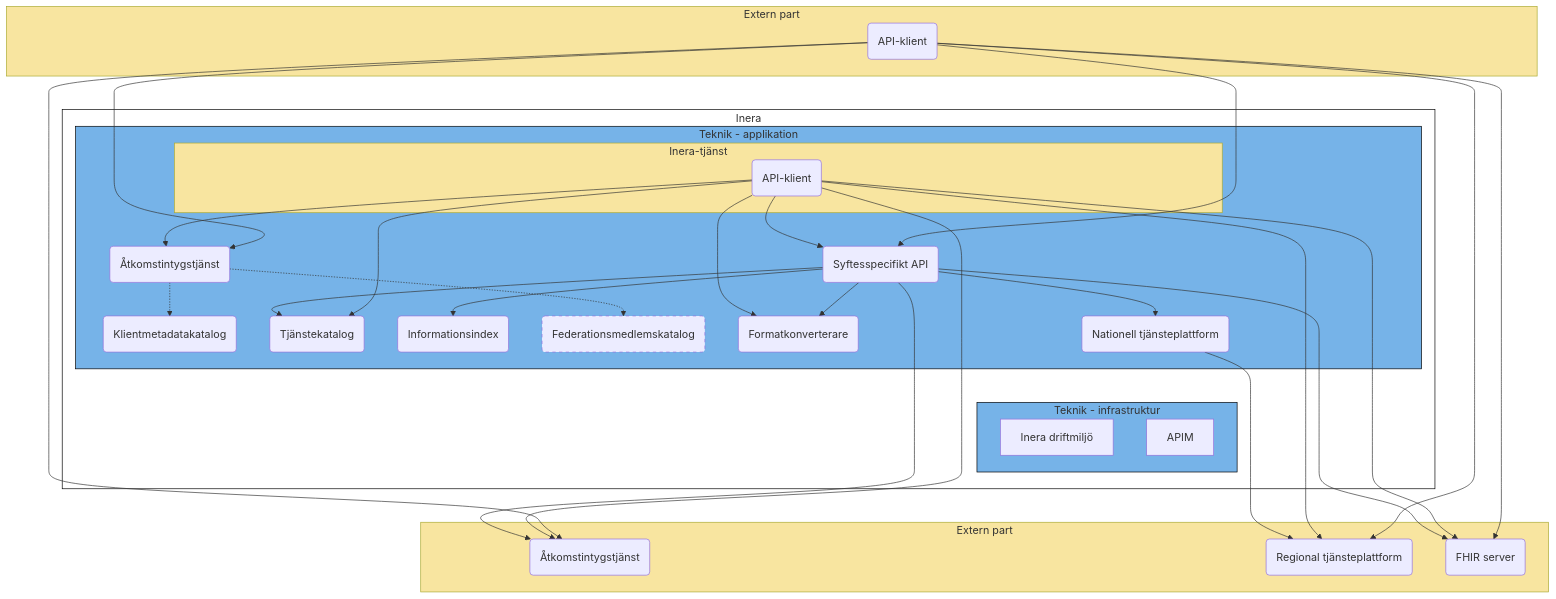
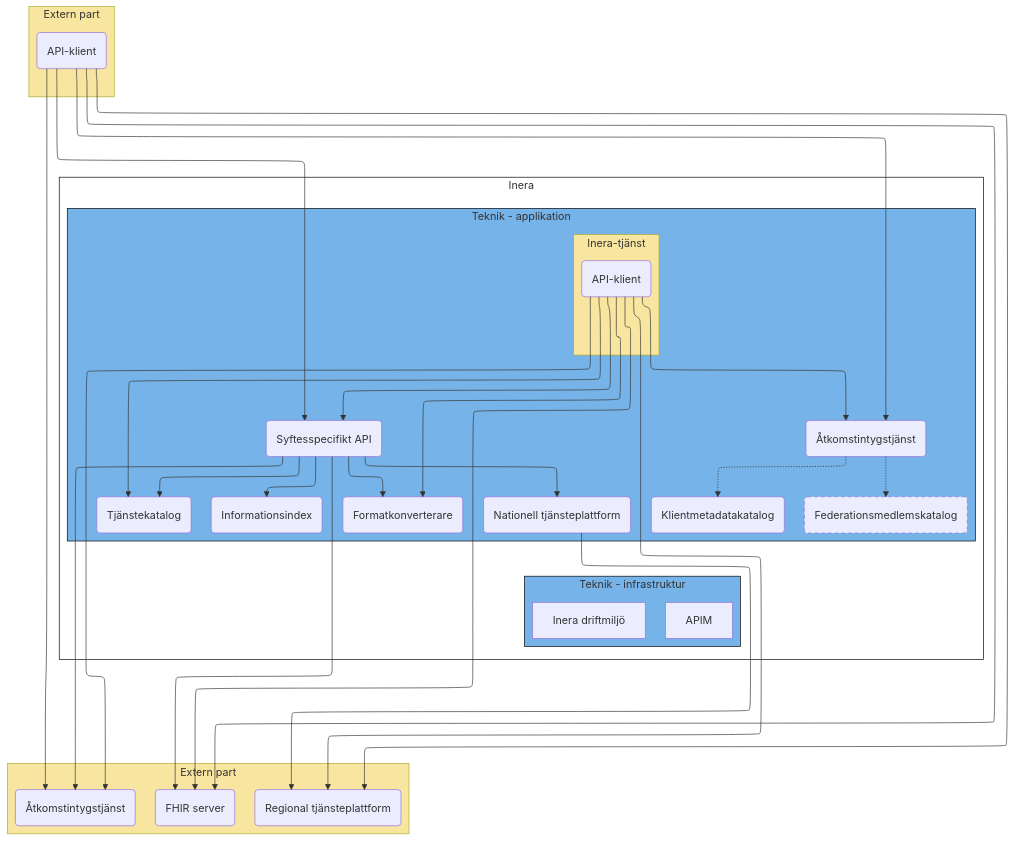
Before and after one commit to anders-malmros-inera/t2mmd: the first of 2 diagrams in T2-krav/solution.md, drawn with Mermaid.

Commit message:
Fix mermaid renderer initialization for flowchart consistency

````diff
--- a/T2-krav/solution.md
+++ b/T2-krav/solution.md
@@ -3,6 +3,6 @@
 ```mermaid
 graph TB
-%%{init: {"flowchart": {"defaultRenderer": "elk2"}} }%%
+%%{init: {"flowchart": {"defaultRenderer": "elk"}} }%%
 
 subgraph inera[Inera]
 
````
